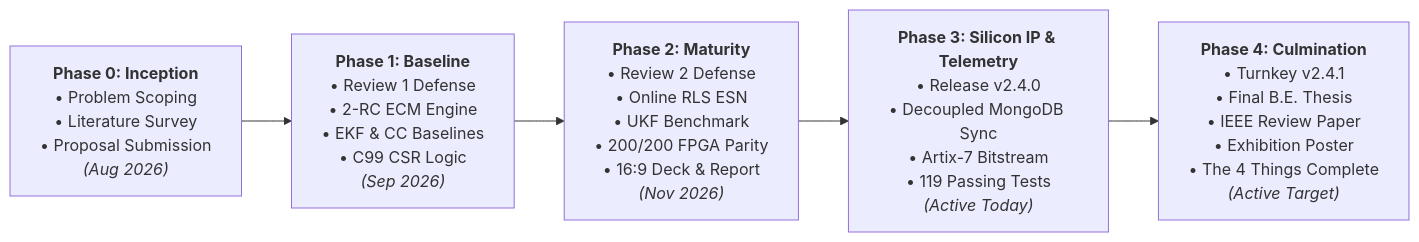
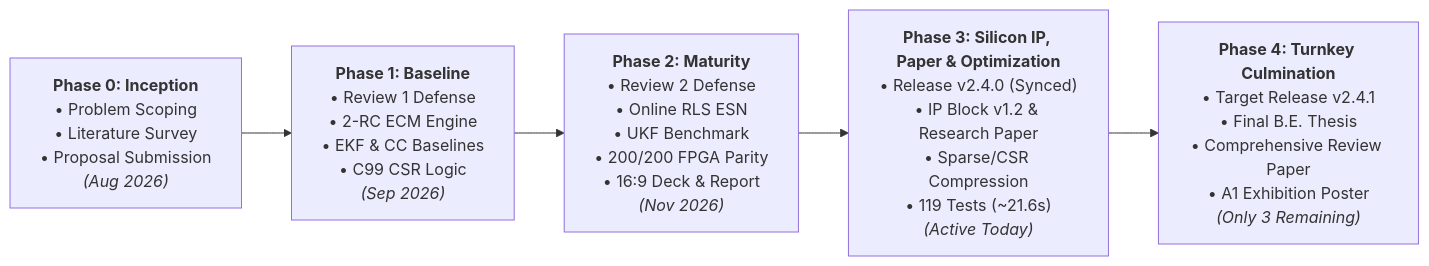
One commit to tanish-jain-225/Battery_State_Estimator_BE_Project_2026_2027 changed the second of 3 diagrams in README.md. Above: the diagram before and after it, drawn with Mermaid. The commit also changed other lines of this file and 16 other files, not shown here.

Commit message:
docs(release): sync repository and v2.4.0 metadata (only Poster, Review Paper, Thesis left for v2.4.1)

````diff
--- a/README.md
+++ b/README.md
@@ -205,7 +205,7 @@
 ```mermaid
 flowchart LR
     M0["<b>Phase 0: Inception</b><br/>• Problem Scoping<br/>• Literature Survey<br/>• Proposal Submission<br/><i>(Aug 2026)</i>"] --> M1["<b>Phase 1: Baseline</b><br/>• Review 1 Defense<br/>• 2-RC ECM Engine<br/>• EKF & CC Baselines<br/>• C99 CSR Logic<br/><i>(Sep 2026)</i>"]
     M1 --> M2["<b>Phase 2: Maturity</b><br/>• Review 2 Defense<br/>• Online RLS ESN<br/>• UKF Benchmark<br/>• 200/200 FPGA Parity<br/>• 16:9 Deck & Report<br/><i>(Nov 2026)</i>"]
-    M2 --> M3["<b>Phase 3: Silicon IP & Telemetry</b><br/>• Release v2.4.0<br/>• Decoupled MongoDB Sync<br/>• Artix-7 Bitstream<br/>• 119 Passing Tests<br/><i>(Active Today)</i>"]
-    M3 --> M4["<b>Phase 4: Culmination</b><br/>• Turnkey v2.4.1<br/>• Final B.E. Thesis<br/>• IEEE Review Paper<br/>• Exhibition Poster<br/>• The 4 Things Complete<br/><i>(Active Target)</i>"]
+    M2 --> M3["<b>Phase 3: Silicon IP, Paper & Optimization</b><br/>• Release v2.4.0 (Synced)<br/>• IP Block v1.2 & Research Paper<br/>• Sparse/CSR Compression<br/>• 119 Tests (~21.6s)<br/><i>(Active Today)</i>"]
+    M3 --> M4["<b>Phase 4: Turnkey Culmination</b><br/>• Target Release v2.4.1<br/>• Final B.E. Thesis<br/>• Comprehensive Review Paper<br/>• A1 Exhibition Poster<br/><i>(Only 3 Remaining)</i>"]
 ```
````
